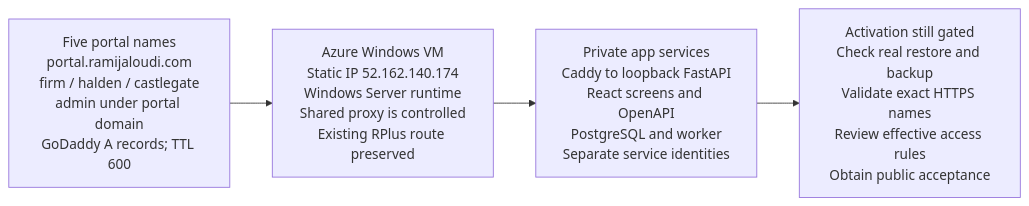
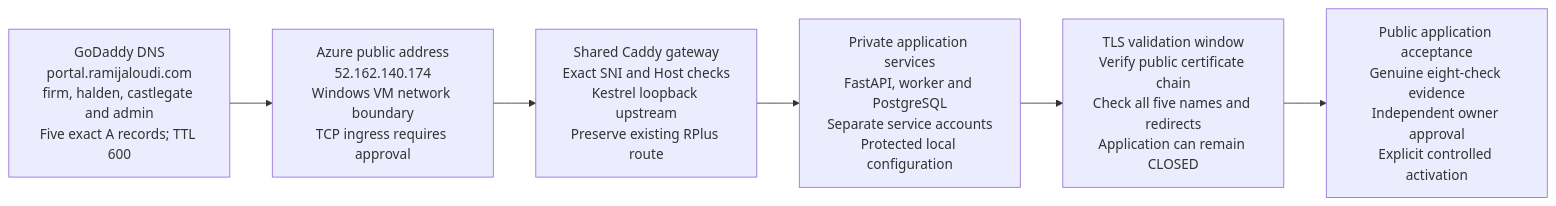
The diagram in backend/kestrel/data/resource_library/Azure_Deployment.mmd (RamiJaloudi/project-kestrel), drawn with Mermaid before and after one commit. The commit also changed 454 other files, not shown here.

Commit message:
Organize guides and consolidate architecture and data diagrams

```diff
--- a/backend/kestrel/data/resource_library/Azure_Deployment.mmd
+++ b/backend/kestrel/data/resource_library/Azure_Deployment.mmd
@@ -1,8 +1,12 @@
 flowchart LR
-  S0["Five portal names<br/>portal.ramijaloudi.com<br/>firm / halden / castlegate<br/>admin under portal domain<br/>GoDaddy A records; TTL 600"]
-  S1["Azure Windows VM<br/>Static IP 52.162.140.174<br/>Windows Server runtime<br/>Shared proxy is controlled<br/>Existing RPlus route preserved"]
-  S0 --> S1
-  S2["Private app services<br/>Caddy to loopback FastAPI<br/>React screens and OpenAPI<br/>PostgreSQL and worker<br/>Separate service identities"]
-  S1 --> S2
-  S3["Activation still gated<br/>Check real restore and backup<br/>Validate exact HTTPS names<br/>Review effective access rules<br/>Obtain public acceptance"]
-  S2 --> S3
+  N1["GoDaddy DNS<br/>portal.ramijaloudi.com<br/>firm, halden, castlegate and admin<br/>Five exact A records; TTL 600"]
+  N2["Azure public address<br/>52.162.140.174<br/>Windows VM network boundary<br/>TCP ingress requires approval"]
+  N3["Shared Caddy gateway<br/>Exact SNI and Host checks<br/>Kestrel loopback upstream<br/>Preserve existing RPlus route"]
+  N4["Private application services<br/>FastAPI, worker and PostgreSQL<br/>Separate service accounts<br/>Protected local configuration"]
+  N5["TLS validation window<br/>Verify public certificate chain<br/>Check all five names and redirects<br/>Application can remain CLOSED"]
+  N6["Public application acceptance<br/>Genuine eight-check evidence<br/>Independent owner approval<br/>Explicit controlled activation"]
+  N1 --> N2
+  N2 --> N3
+  N3 --> N4
+  N4 --> N5
+  N5 --> N6
```
